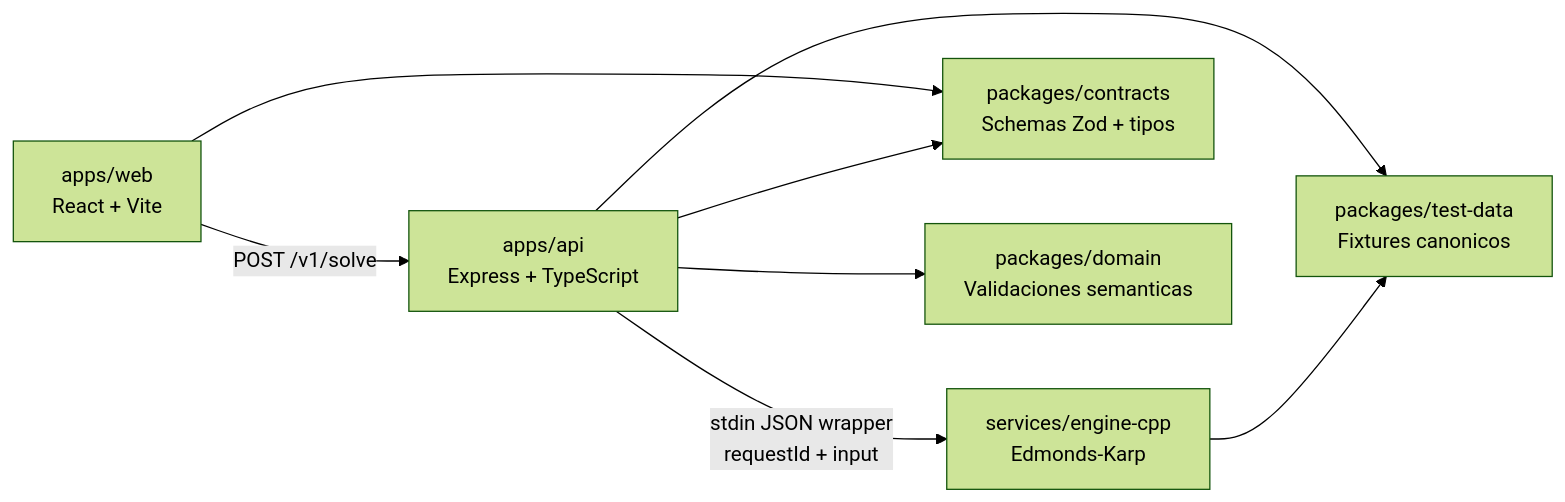
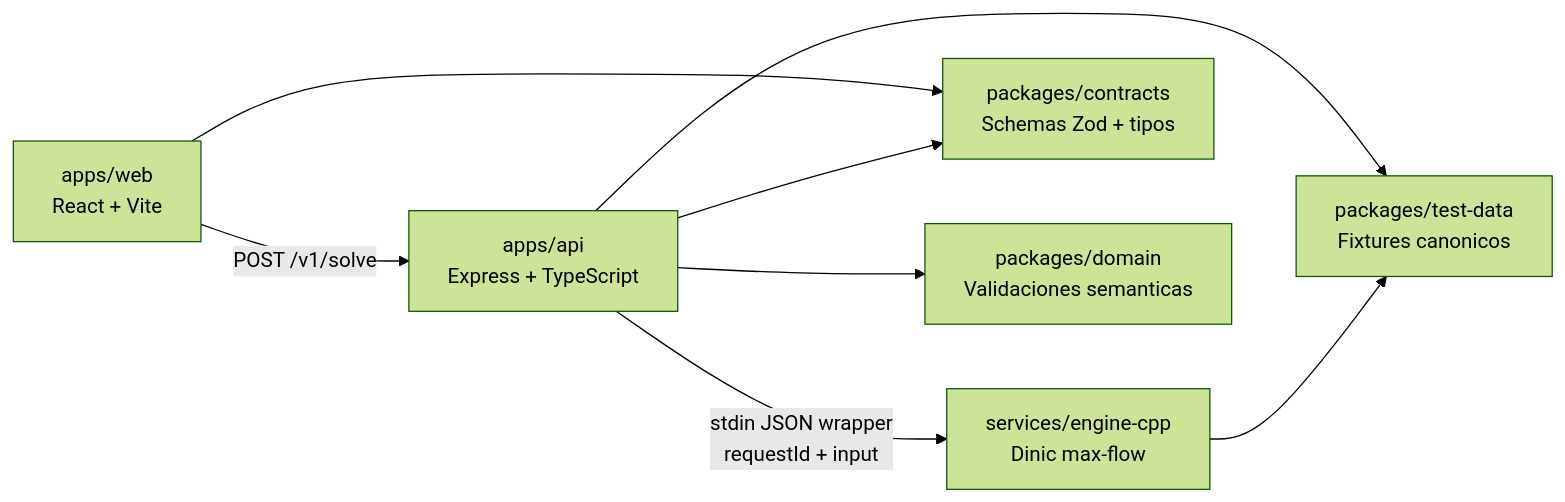
One commit to nardos322/max-flow-optimizer changed the diagram in README.md. Above: the diagram before and after it, drawn with Mermaid (forest theme). The commit also changed other lines of this file and 23 other files, not shown here.

````diff
--- a/README.md
+++ b/README.md
@@ -14,10 +16,10 @@
 ```mermaid
 flowchart LR
   UI["apps/web<br/>React + Vite"] -->|"POST /v1/solve"| API["apps/api<br/>Express + TypeScript"]
-  API -->|"stdin JSON wrapper<br/>requestId + input"| ENGINE["services/engine-cpp<br/>Edmonds-Karp"]
+  API -->|"stdin JSON wrapper<br/>requestId + input"| ENGINE["services/engine-cpp<br/>Dinic max-flow"]
   API --> CONTRACTS["packages/contracts<br/>Schemas Zod + tipos"]
   API --> DOMAIN["packages/domain<br/>Validaciones semanticas"]
   UI --> CONTRACTS
   ENGINE --> FIXTURES["packages/test-data<br/>Fixtures canonicos"]
   API --> FIXTURES
 ```
````
